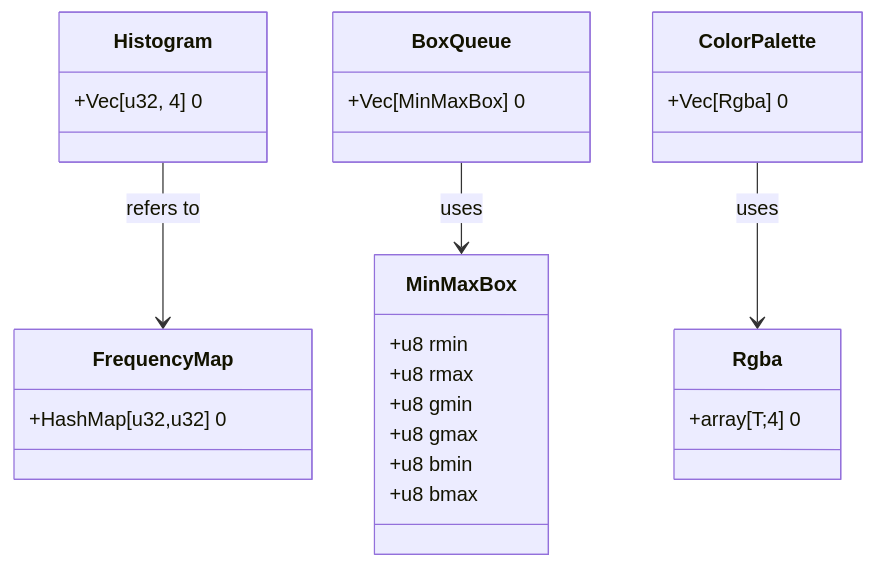
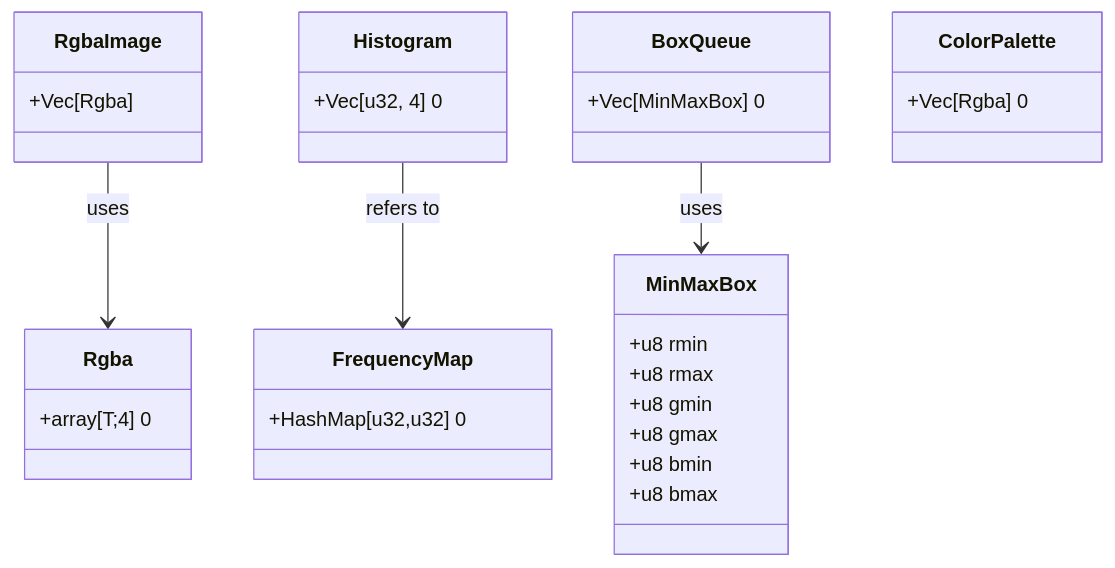
One commit to nedsantiago/color-thief-rs changed the first of 2 diagrams in TODO.md. Above: the diagram before and after it, drawn with Mermaid. The commit also changed other lines of this file, not shown here.

Commit message:
Updated the flowcharts to include the data model and function names

````diff
--- a/TODO.md
+++ b/TODO.md
@@ -29,29 +31,32 @@
 ```mermaid
 classDiagram
     class Rgba {
         +array[T;4] 0
+    }
+    class RgbaImage {
+        +Vec[Rgba]
     }
     class MinMaxBox {
         +u8 rmin
         +u8 rmax
         +u8 gmin
         +u8 gmax
         +u8 bmin
         +u8 bmax
     }
     class FrequencyMap {
         +HashMap[u32,u32] 0
     }
     class Histogram {
         +Vec[u32, 4] 0
     }
     class BoxQueue {
         +Vec[MinMaxBox] 0
     }
     class ColorPalette {
         +Vec[Rgba] 0
     }
     BoxQueue --> MinMaxBox: uses
     Histogram --> FrequencyMap: refers to
-    ColorPalette --> Rgba: uses
+    RgbaImage --> Rgba: uses
 ```
````
